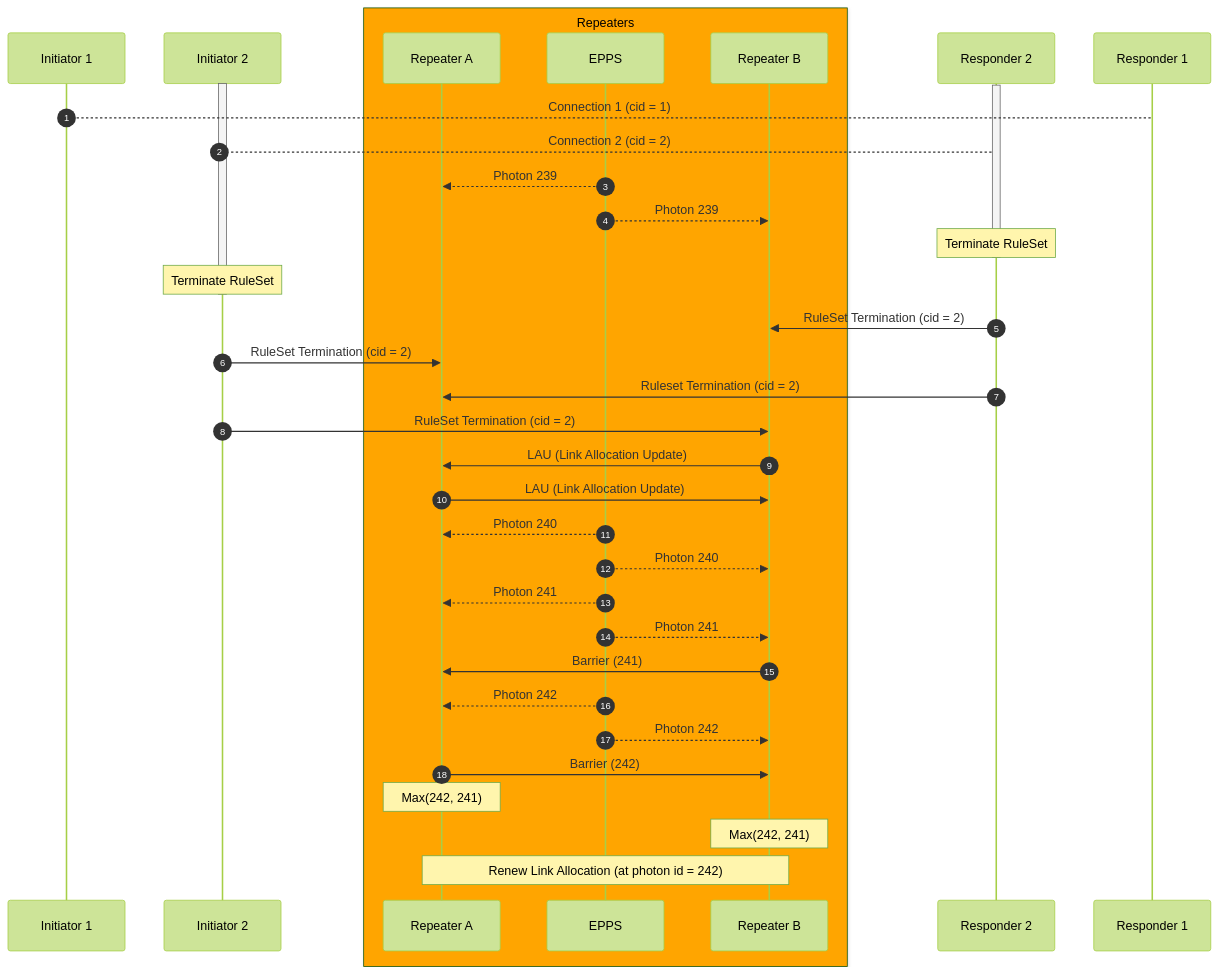
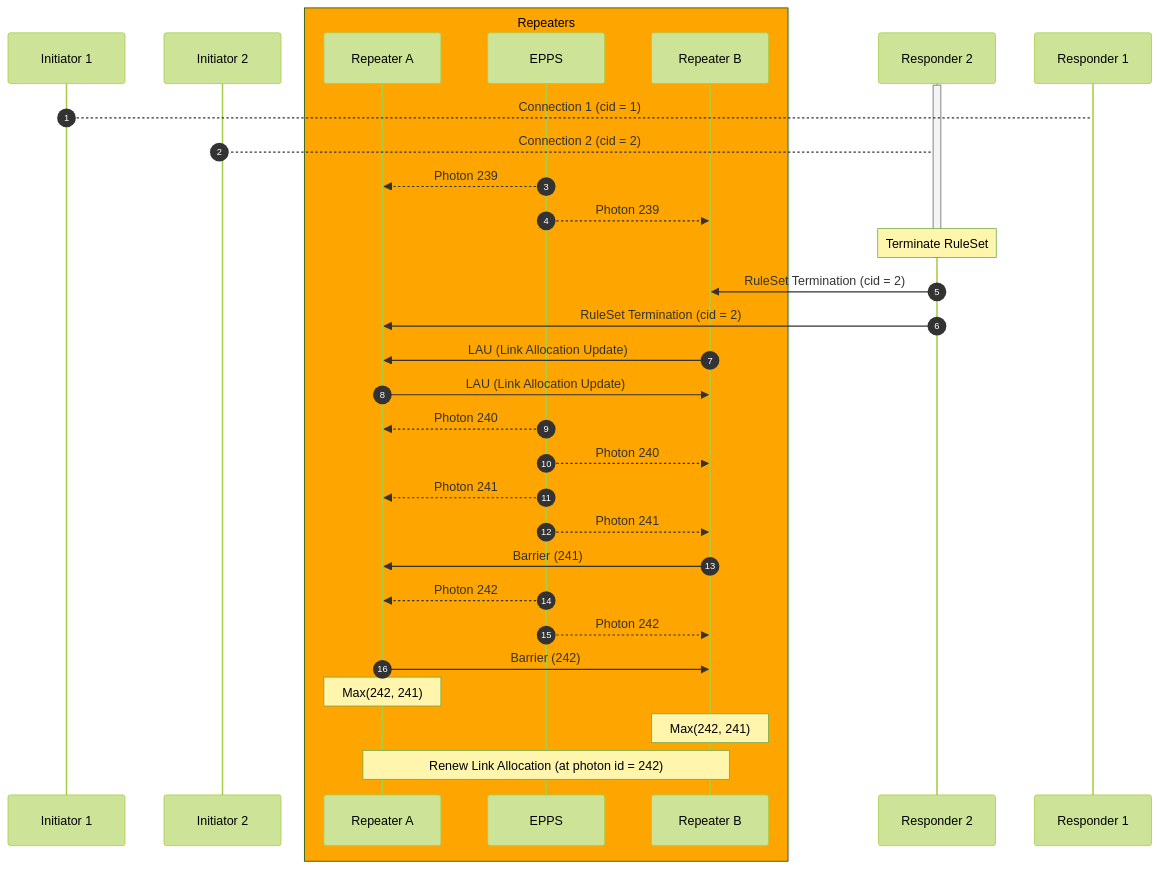
The fifth of 5 diagrams in 2.1.1.ConnectionSetup.md (sfc-aqua/RuleSetSpec), drawn with Mermaid (forest theme) before and after one commit. The commit also changed other lines of this file and 1 other file, not shown here.

````diff
--- a/2.1.1.ConnectionSetup.md
+++ b/2.1.1.ConnectionSetup.md
@@ -382,59 +393,57 @@
 ```mermaid
 sequenceDiagram
     autonumber
     %% Participants in the path
     participant i1 as Initiator 1
     participant i2 as Initiator 2
     Box Orange Repeaters
     participant ra as Repeater A
     participant epps as EPPS
     participant rb as Repeater B
     end
     participant r2 as Responder 2
     participant r1 as Responder 1
 
     activate i2
     activate r2
 
     %% Connection between initiator and responder
     i1 --> r1: Connection 1 (cid = 1)
     i2 --> r2: Connection 2 (cid = 2)
 
 
     %% Keep generating Bell pairs
     epps -->> ra: Photon 239
     epps -->> rb: Photon 239
 
     %% Start Termination
     Note over r2: Terminate RuleSet
     deactivate r2
-    Note over i2: Terminate RuleSet
-    deactivate i2
 
     %% Notify RuleSet Termination
     r2 ->> rb: RuleSet Termination (cid = 2)
-    i2 ->> ra: RuleSet Termination (cid = 2)
-    r2 ->> ra: Ruleset Termination (cid = 2)
-    i2 ->> rb: RuleSet Termination (cid = 2)
+    r2 ->> ra: RuleSet Termination (cid = 2)
+    
+    %% Shutting down neighboring link at responder 2
     rb ->> ra: LAU (Link Allocation Update)
     ra ->> rb: LAU (Link Allocation Update)
 
     epps -->> ra: Photon 240
     epps -->> rb: Photon 240
 
     epps -->> ra: Photon 241
     epps -->> rb: Photon 241
 
     rb ->> ra: Barrier (241)
 
     epps -->> ra: Photon 242
     epps -->> rb: Photon 242
 
     ra ->> rb: Barrier (242)
 
     Note over ra: Max(242, 241)
     Note over rb: Max(242, 241)
 
     Note over ra, rb: Renew Link Allocation (at photon id = 242)
 
 ```
````
